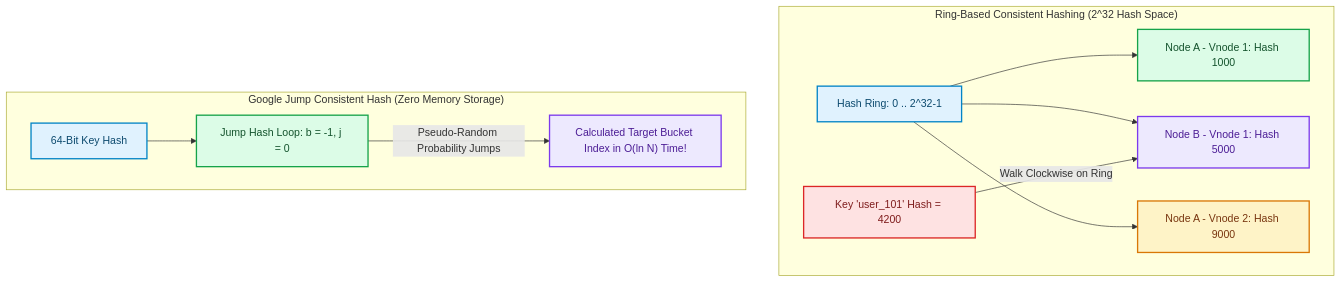
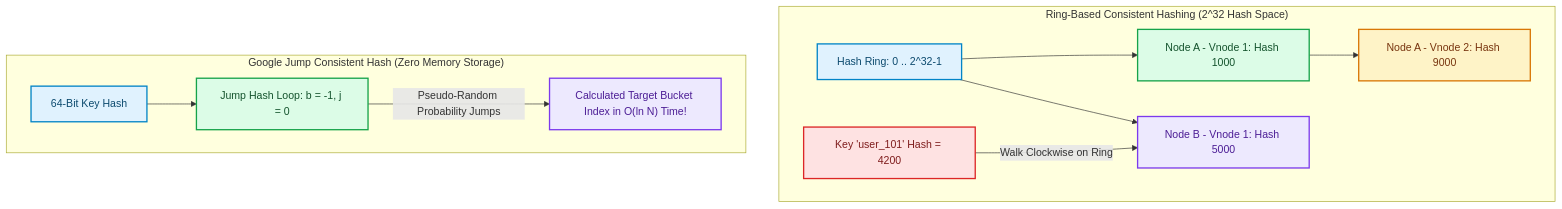
One commit to akmalkhaniub/akmalkhaniub.github.io changed the diagram in blog/posts/consistent-hashing-jump-consistent-hash-maglev.md. Above: the diagram before and after it, drawn with Mermaid. The commit also changed other lines of this file and 894 other files, not shown here.

Commit message:
feat(blog): upgrade all 444 posts with unique staggered dates, 2-col Mermaid spines, benchmark tables, code blocks, and trade-offs

````diff
--- a/blog/posts/consistent-hashing-jump-consistent-hash-maglev.md
+++ b/blog/posts/consistent-hashing-jump-consistent-hash-maglev.md
@@ -21,26 +21,26 @@
 ```mermaid
 flowchart TD
   subgraph SG1_RingBasedConsistent ["Ring-Based Consistent Hashing (2^32 Hash Space)"]
     Ring["Hash Ring: 0 .. 2^32-1"] --> NodeA_v1["Node A - Vnode 1: Hash 1000"]
     Ring --> NodeB_v1["Node B - Vnode 1: Hash 5000"]
-    Ring --> NodeA_v2["Node A - Vnode 2: Hash 9000"]
+    NodeA_v1 --> NodeA_v2["Node A - Vnode 2: Hash 9000"]
     
     KeyHash["Key 'user_101' Hash = 4200"] -->|Walk Clockwise on Ring| NodeB_v1
   end
   
   subgraph SG2_GoogleJumpConsistent ["Google Jump Consistent Hash (Zero Memory Storage)"]
     KeyID["64-Bit Key Hash"] --> JumpAlgo["Jump Hash Loop: b = -1, j = 0"]
     JumpAlgo -->|Pseudo-Random Probability Jumps| BucketResult["Calculated Target Bucket Index in O(ln N) Time!"]
   end
 
 classDef green fill:#dcfce7,stroke:#16a34a,stroke-width:2px,color:#14532d;
 classDef red fill:#fee2e2,stroke:#dc2626,stroke-width:2px,color:#7f1d1d;
 classDef blue fill:#e0f2fe,stroke:#0284c7,stroke-width:2px,color:#0c4a6e;
 classDef yellow fill:#fef3c7,stroke:#d97706,stroke-width:2px,color:#78350f;
 classDef purple fill:#ede9fe,stroke:#7c3aed,stroke-width:2px,color:#4c1d95;
 class Ring,KeyID blue
 class NodeA_v1,JumpAlgo green
 class NodeB_v1,BucketResult purple
 class NodeA_v2 yellow
 class KeyHash red
 ```
````
